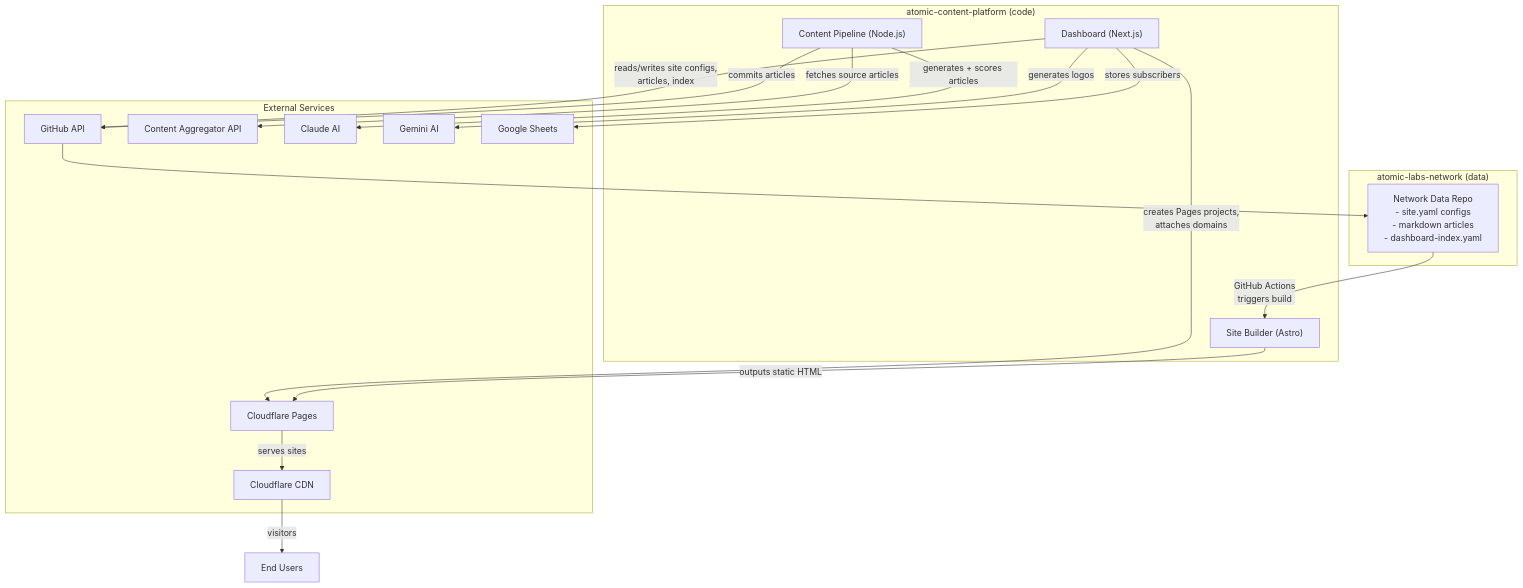
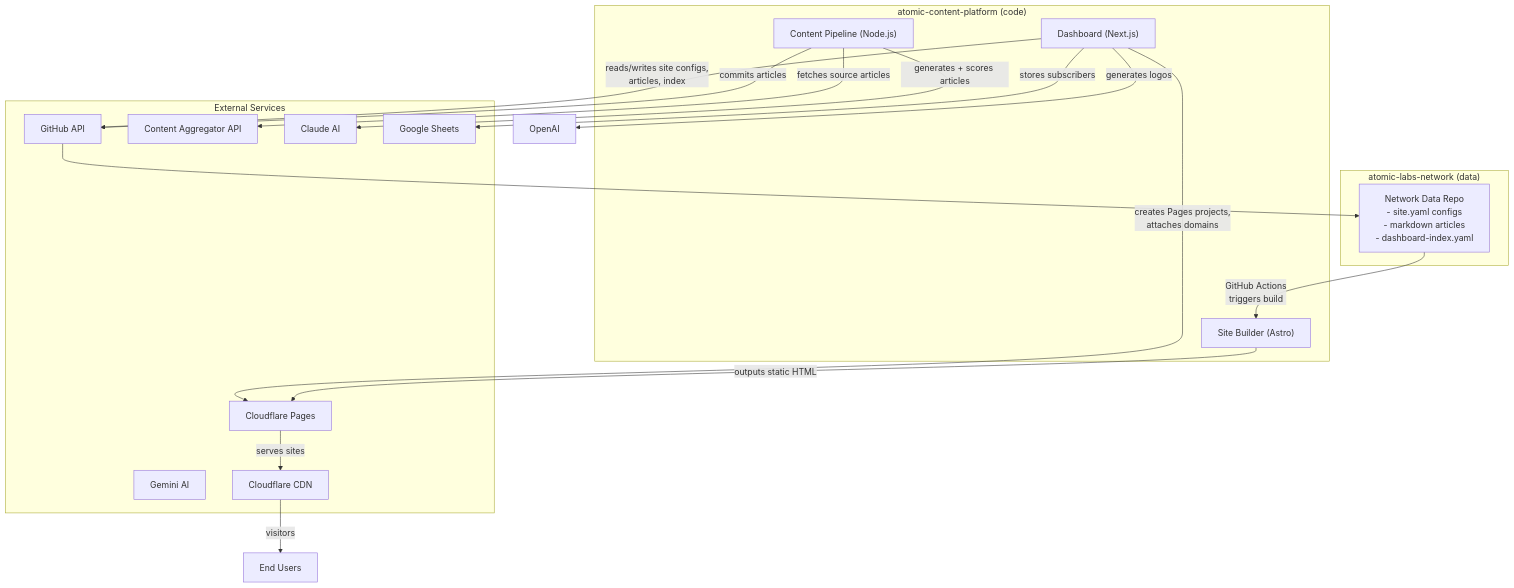
One commit to atomicfuse/atomic-content-platform changed the diagram in services/dashboard/public/guide/01-overview.md. Above: the diagram before and after it, drawn with Mermaid. The commit also changed other lines of this file and 21 other files, not shown here.

First line of the commit message:
feat(dashboard): logos, favicons and footer logos on OpenAI gpt-image-2.5-sunburst

````diff
--- a/services/dashboard/public/guide/01-overview.md
+++ b/services/dashboard/public/guide/01-overview.md
@@ -16,38 +16,38 @@
 ```mermaid
 graph TB
     subgraph "atomic-content-platform (code)"
         Dashboard["Dashboard (Next.js)"]
         Pipeline["Content Pipeline (Node.js)"]
         SiteBuilder["Site Builder (Astro)"]
     end
 
     subgraph "External Services"
         GitHubAPI["GitHub API"]
         Aggregator["Content Aggregator API"]
         Claude["Claude AI"]
         Gemini["Gemini AI"]
         CF["Cloudflare Pages"]
         CFEdge["Cloudflare CDN"]
         GSheets["Google Sheets"]
     end
 
     subgraph "atomic-labs-network (data)"
         DataRepo["Network Data Repo\n- site.yaml configs\n- markdown articles\n- dashboard-index.yaml"]
     end
 
     Dashboard -->|"reads/writes site configs,\narticles, index"| GitHubAPI
     Dashboard -->|"creates Pages projects,\nattaches domains"| CF
     Dashboard -->|"stores subscribers"| GSheets
-    Dashboard -->|"generates logos"| Gemini
+    Dashboard -->|"generates logos"| OpenAI
 
     Pipeline -->|"fetches source articles"| Aggregator
     Pipeline -->|"generates + scores articles"| Claude
     Pipeline -->|"commits articles"| GitHubAPI
 
     GitHubAPI --> DataRepo
 
     DataRepo -->|"GitHub Actions\ntriggers build"| SiteBuilder
     SiteBuilder -->|"outputs static HTML"| CF
     CF -->|"serves sites"| CFEdge
     CFEdge -->|"visitors"| Users["End Users"]
 ```
````
